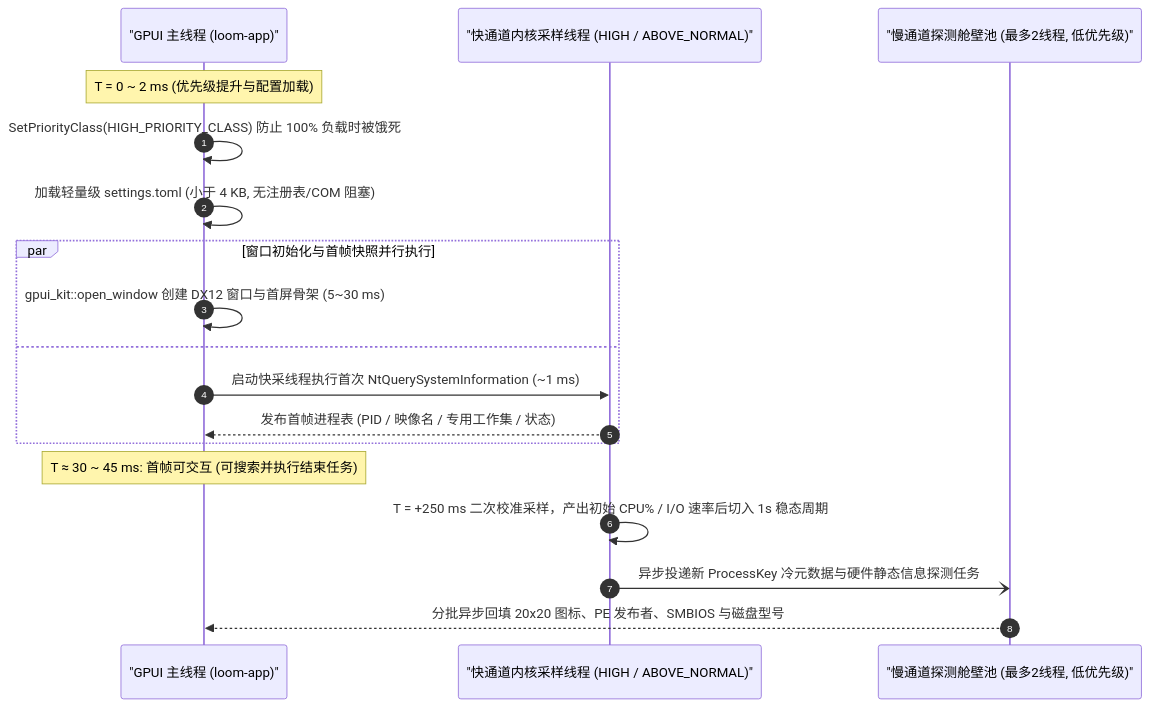
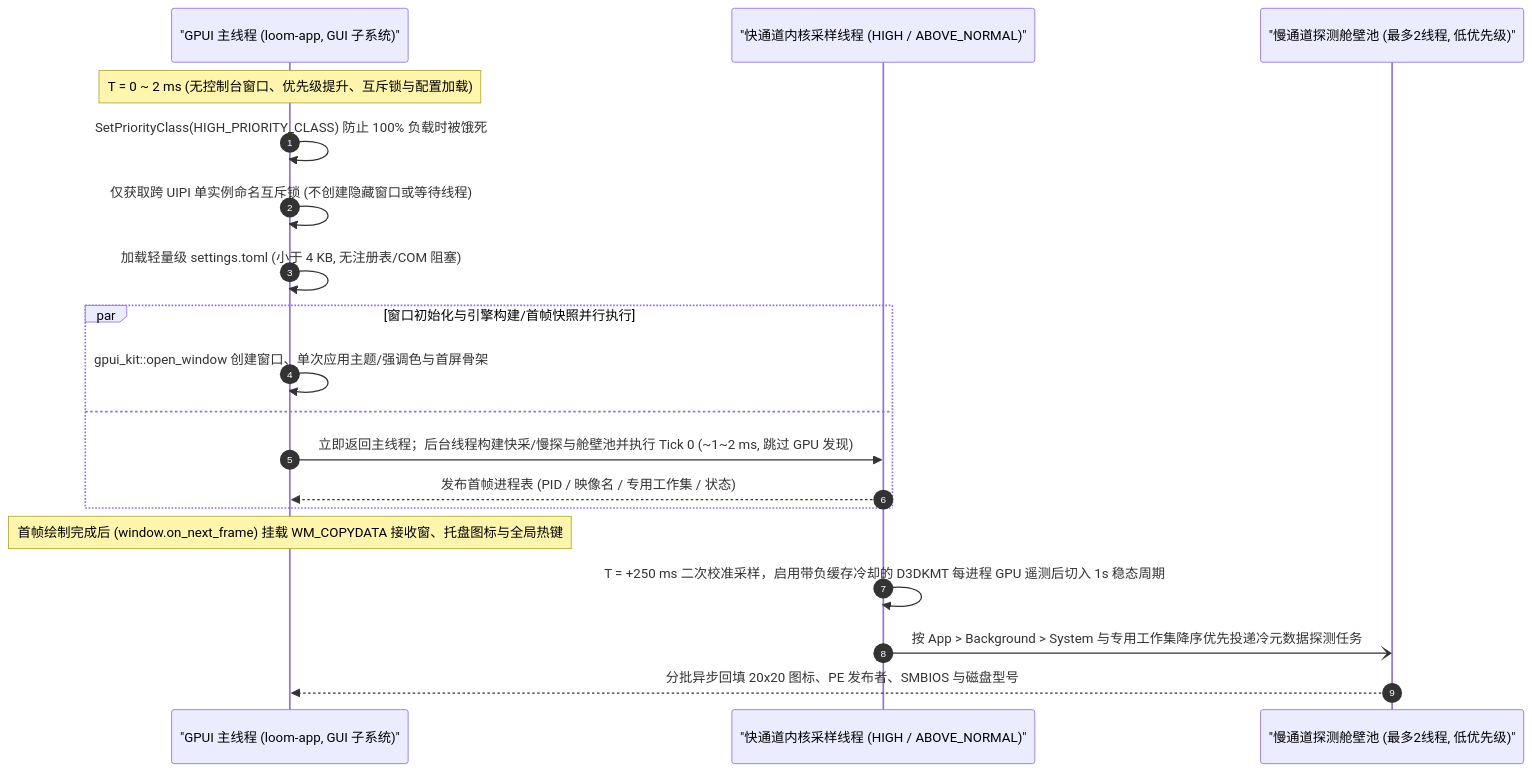
Before and after one commit to wangdiandao/Loom: the first of 3 diagrams in docs/architecture.zh.md, drawn with Mermaid. The commit also changed other lines of this file and 17 other files, not shown here.

Commit message:
feat(startup): optimize cold start, defer post-frame shell init, and accelerate fast-lane GPU scans

````diff
--- a/docs/architecture.zh.md
+++ b/docs/architecture.zh.md
@@ -38,21 +38,22 @@
 ```mermaid
 sequenceDiagram
     autonumber
-    participant Main as "GPUI 主线程 (loom-app)"
+    participant Main as "GPUI 主线程 (loom-app, GUI 子系统)"
     participant Fast as "快通道内核采样线程 (HIGH / ABOVE_NORMAL)"
     participant Slow as "慢通道探测舱壁池 (最多2线程, 低优先级)"
 
-    Note over Main: T = 0 ~ 2 ms (优先级提升与配置加载)
+    Note over Main: T = 0 ~ 2 ms (无控制台窗口、优先级提升、互斥锁与配置加载)
     Main->>Main: SetPriorityClass(HIGH_PRIORITY_CLASS) 防止 100% 负载时被饿死
+    Main->>Main: 仅获取跨 UIPI 单实例命名互斥锁 (不创建隐藏窗口或等待线程)
     Main->>Main: 加载轻量级 settings.toml (小于 4 KB, 无注册表/COM 阻塞)
-    par 窗口初始化与首帧快照并行执行
-        Main->>Main: gpui_kit::open_window 创建 DX12 窗口与首屏骨架 (5~30 ms)
+    par 窗口初始化与引擎构建/首帧快照并行执行
+        Main->>Main: gpui_kit::open_window 创建窗口、单次应用主题/强调色与首屏骨架
     and
-        Main->>Fast: 启动快采线程执行首次 NtQuerySystemInformation (~1 ms)
+        Main->>Fast: 立即返回主线程；后台线程构建快采/慢探与舱壁池并执行 Tick 0 (~1~2 ms, 跳过 GPU 发现)
         Fast-->>Main: 发布首帧进程表 (PID / 映像名 / 专用工作集 / 状态)
     end
-    Note over Main: T ≈ 30 ~ 45 ms: 首帧可交互 (可搜索并执行结束任务)
-    Fast->>Fast: T = +250 ms 二次校准采样，产出初始 CPU% / I/O 速率后切入 1s 稳态周期
-    Fast-)Slow: 异步投递新 ProcessKey 冷元数据与硬件静态信息探测任务
+    Note over Main: 首帧绘制完成后 (window.on_next_frame) 挂载 WM_COPYDATA 接收窗、托盘图标与全局热键
+    Fast->>Fast: T = +250 ms 二次校准采样，启用带负缓存冷却的 D3DKMT 每进程 GPU 遥测后切入 1s 稳态周期
+    Fast-)Slow: 按 App > Background > System 与专用工作集降序优先投递冷元数据探测任务
     Slow-->>Main: 分批异步回填 20x20 图标、PE 发布者、SMBIOS 与磁盘型号
 ```
````
